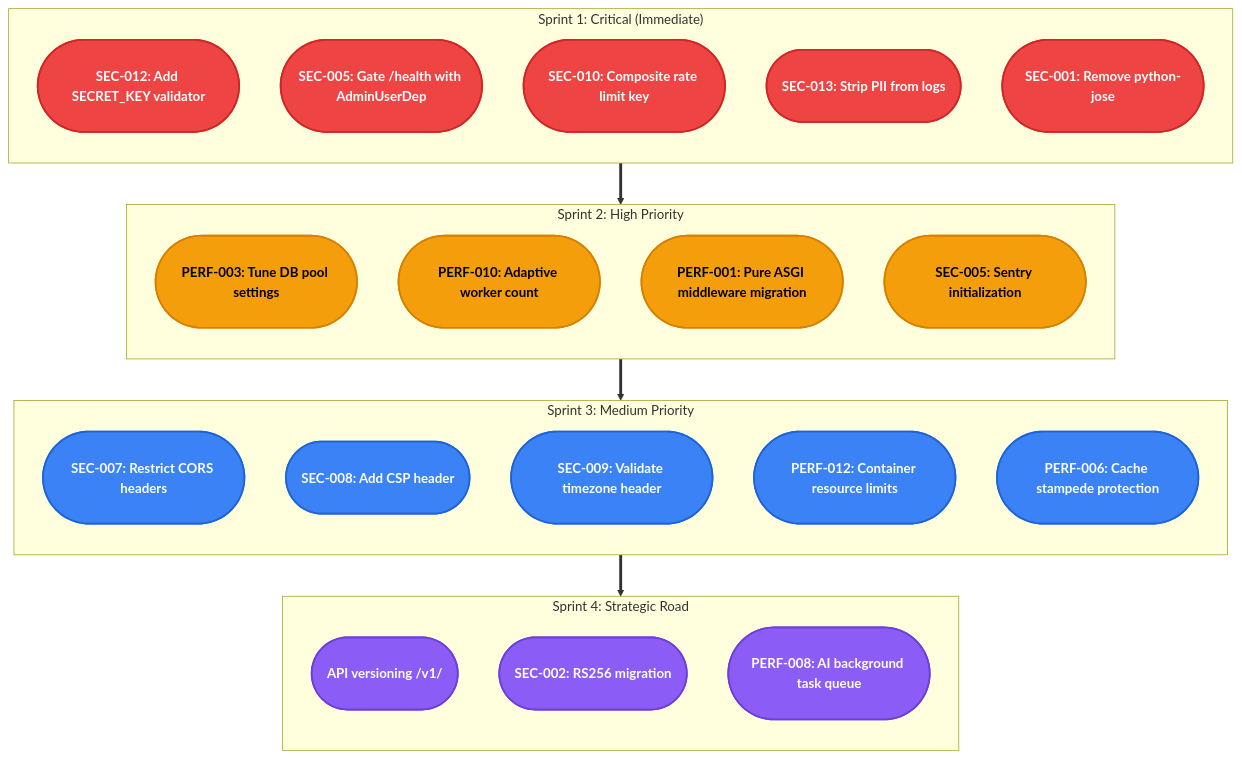
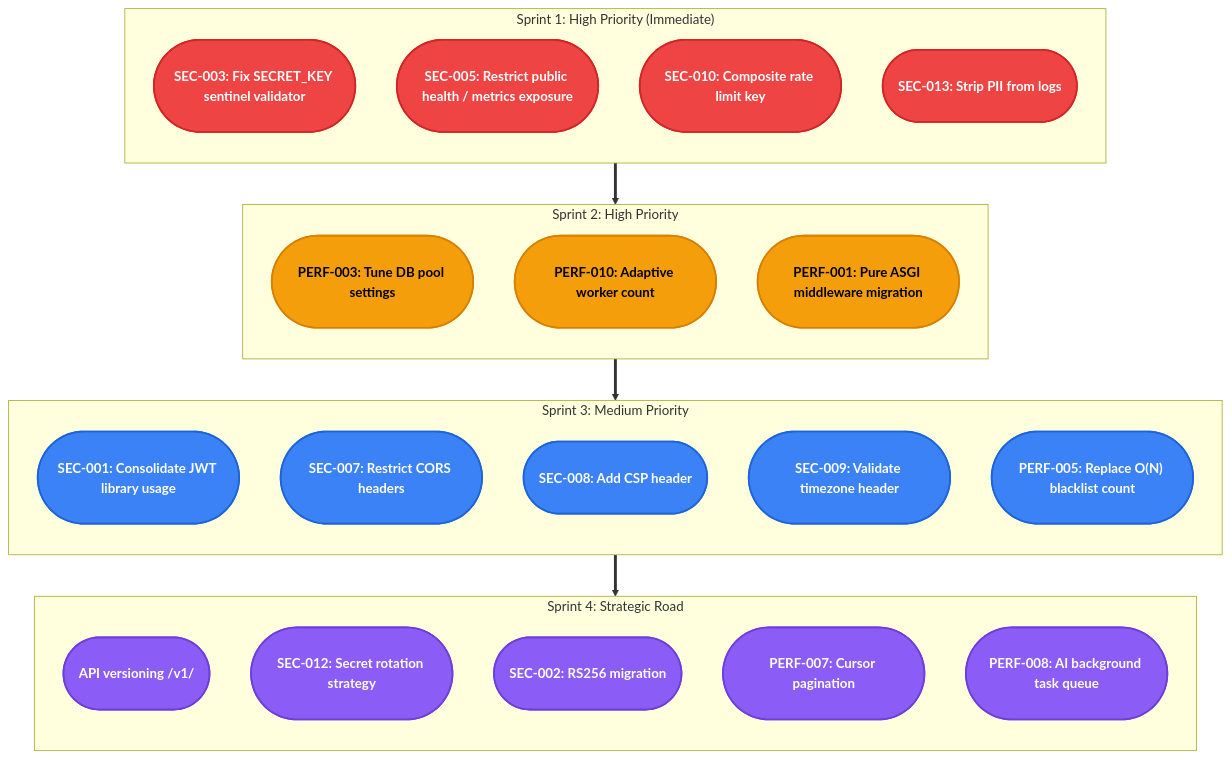
One commit to MadeSuryawan/backend changed the diagram in docs/analysis/audit/report.md. Above: the diagram before and after it, drawn with Mermaid. The commit also changed other lines of this file and 2 other files, not shown here.

Commit message:
Refine performance audit findings, update remediation plan sprint assignments, and simplify path logging by removing query parameter stripping.

````diff
--- a/docs/analysis/audit/report.md
+++ b/docs/analysis/audit/report.md
@@ -399,48 +359,48 @@
 ```mermaid
 flowchart TD
     classDef crit fill:#ef4444,stroke:#d12626,stroke-width:2px,color:#ffffff,font-size:16px,padding:16px,font-weight:bold
     classDef high fill:#f59e0b,stroke:#d78000,stroke-width:2px,color:#000000,font-size:16px,padding:16px,font-weight:bold
     classDef med fill:#3b82f6,stroke:#1d64d8,stroke-width:2px,color:#ffffff,font-size:16px,padding:16px,font-weight:bold
     classDef strat fill:#8b5cf6,stroke:#6d3ed8,stroke-width:2px,color:#ffffff,font-size:16px,padding:16px,font-weight:bold
 
-    subgraph S1 ["`Sprint 1: Critical (Immediate)`"]
+    subgraph S1 ["`Sprint 1: High Priority (Immediate)`"]
         direction TB
-        sec012(["`SEC-012: Add SECRET_KEY validator`"])
-        sec005_1(["`SEC-005: Gate /health with AdminUserDep`"])
+        sec003(["`SEC-003: Fix SECRET_KEY sentinel validator`"])
+        sec005(["`SEC-005: Restrict public health / metrics exposure`"])
         sec010(["`SEC-010: Composite rate limit key`"])
         sec013(["`SEC-013: Strip PII from logs`"])
-        sec001(["`SEC-001: Remove python-jose`"])
     end
 
     subgraph S2 ["`Sprint 2: High Priority`"]
         direction TB
         perf003(["`PERF-003: Tune DB pool settings`"])
         perf010(["`PERF-010: Adaptive worker count`"])
         perf001(["`PERF-001: Pure ASGI middleware migration`"])
-        sec005_2(["`SEC-005: Sentry initialization`"])
     end
 
     subgraph S3 ["`Sprint 3: Medium Priority`"]
         direction TB
+        sec001(["`SEC-001: Consolidate JWT library usage`"])
         sec007(["`SEC-007: Restrict CORS headers`"])
         sec008(["`SEC-008: Add CSP header`"])
         sec009(["`SEC-009: Validate timezone header`"])
-        perf012(["`PERF-012: Container resource limits`"])
-        perf006(["`PERF-006: Cache stampede protection`"])
+        perf005(["`PERF-005: Replace O(N) blacklist count`"])
     end
 
     subgraph S4 ["`Sprint 4: Strategic Road`"]
         direction TB
         apiv1(["`API versioning /v1/`"])
+        sec012(["`SEC-012: Secret rotation strategy`"])
         sec002(["`SEC-002: RS256 migration`"])
+        perf007(["`PERF-007: Cursor pagination`"])
         perf008(["`PERF-008: AI background task queue`"])
     end
 
     S1 ==> S2 ==> S3 ==> S4
 
-    class sec012,sec005_1,sec010,sec013,sec001 crit
-    class perf003,perf010,perf001,sec005_2 high
-    class sec007,sec008,sec009,perf012,perf006 med
-    class apiv1,sec002,perf008 strat
+    class sec003,sec005,sec010,sec013 crit
+    class perf003,perf010,perf001 high
+    class sec001,sec007,sec008,sec009,perf005 med
+    class apiv1,sec012,sec002,perf007,perf008 strat
     class S1,S2,S3,S4 sprint
 ```
````
